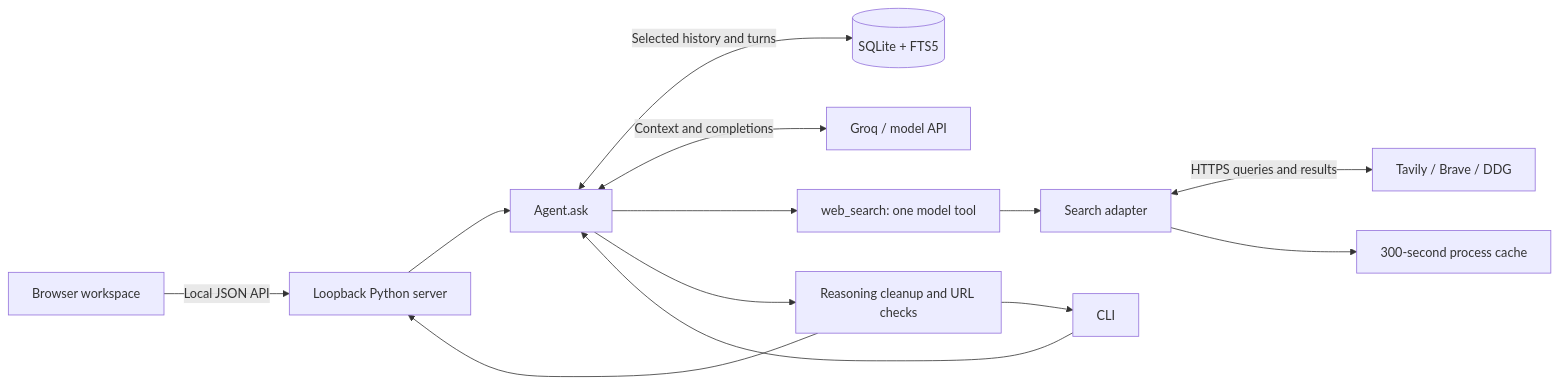
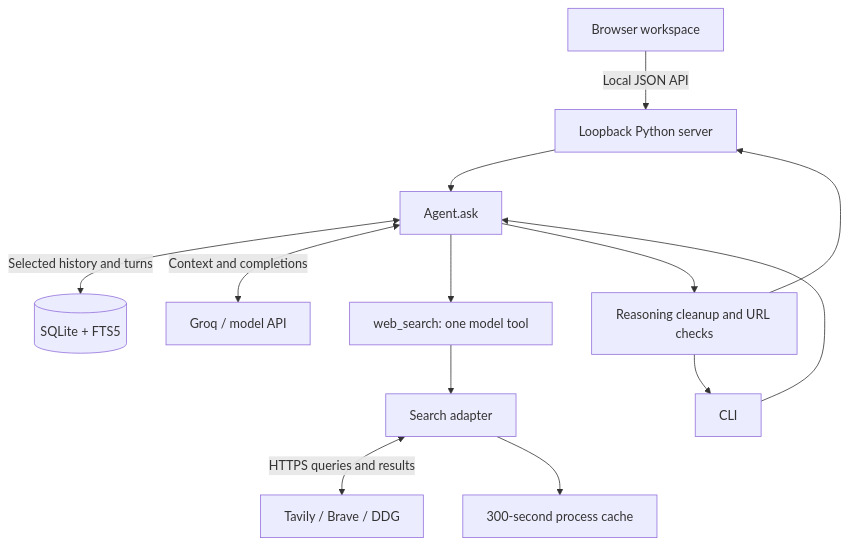
The diagram in README.md (anilkumara9/web-search-chat-agent), drawn with Mermaid before and after one commit.

Commit message:
Polish professional responses, safe errors and local web documentation

````diff
--- a/README.md
+++ b/README.md
@@ -13,15 +13,15 @@
 ```mermaid
-flowchart LR
+flowchart TB
     UI[Browser workspace] -->|Local JSON API| S[Loopback Python server]
     CLI[CLI] --> A[Agent.ask]
     S --> A
     A <-->|Selected history and turns| DB[(SQLite + FTS5)]
     A <-->|Context and completions| M[Groq / model API]
     A --> W[web_search: one model tool]
     W --> T[Search adapter]
     T <-->|HTTPS queries and results| P[Tavily / Brave / DDG]
     T --> C[300-second process cache]
     A --> O[Reasoning cleanup and URL checks]
     O --> S
     O --> CLI
 ```
````
